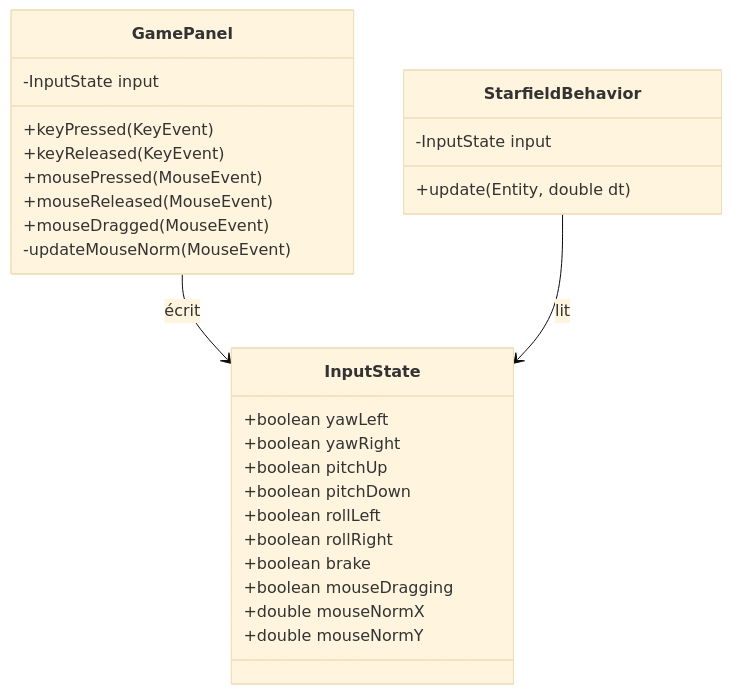
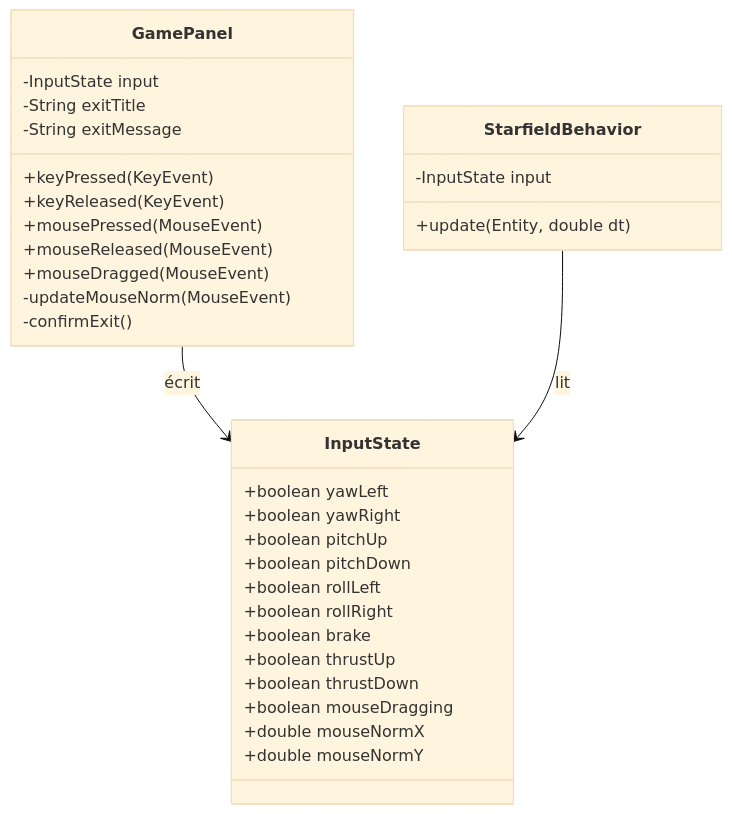
The first of 2 diagrams in src/docs/08-input-controls.md (mcgivrer/demo001-arm64), drawn with Mermaid (base theme) before and after one commit. The commit also changed other lines of this file and 11 other files, not shown here.

````diff
--- a/src/docs/08-input-controls.md
+++ b/src/docs/08-input-controls.md
@@ -15,33 +15,38 @@
 ```mermaid
 classDiagram
     class InputState {
         +boolean yawLeft
         +boolean yawRight
         +boolean pitchUp
         +boolean pitchDown
         +boolean rollLeft
         +boolean rollRight
         +boolean brake
+        +boolean thrustUp
+        +boolean thrustDown
         +boolean mouseDragging
         +double mouseNormX
         +double mouseNormY
     }
 
     class GamePanel {
         -InputState input
+        -String exitTitle
+        -String exitMessage
         +keyPressed(KeyEvent)
         +keyReleased(KeyEvent)
         +mousePressed(MouseEvent)
         +mouseReleased(MouseEvent)
         +mouseDragged(MouseEvent)
         -updateMouseNorm(MouseEvent)
+        -confirmExit()
     }
 
     class StarfieldBehavior {
         -InputState input
         +update(Entity, double dt)
     }
 
     GamePanel --> InputState : écrit
     StarfieldBehavior --> InputState : lit
 ```
````
